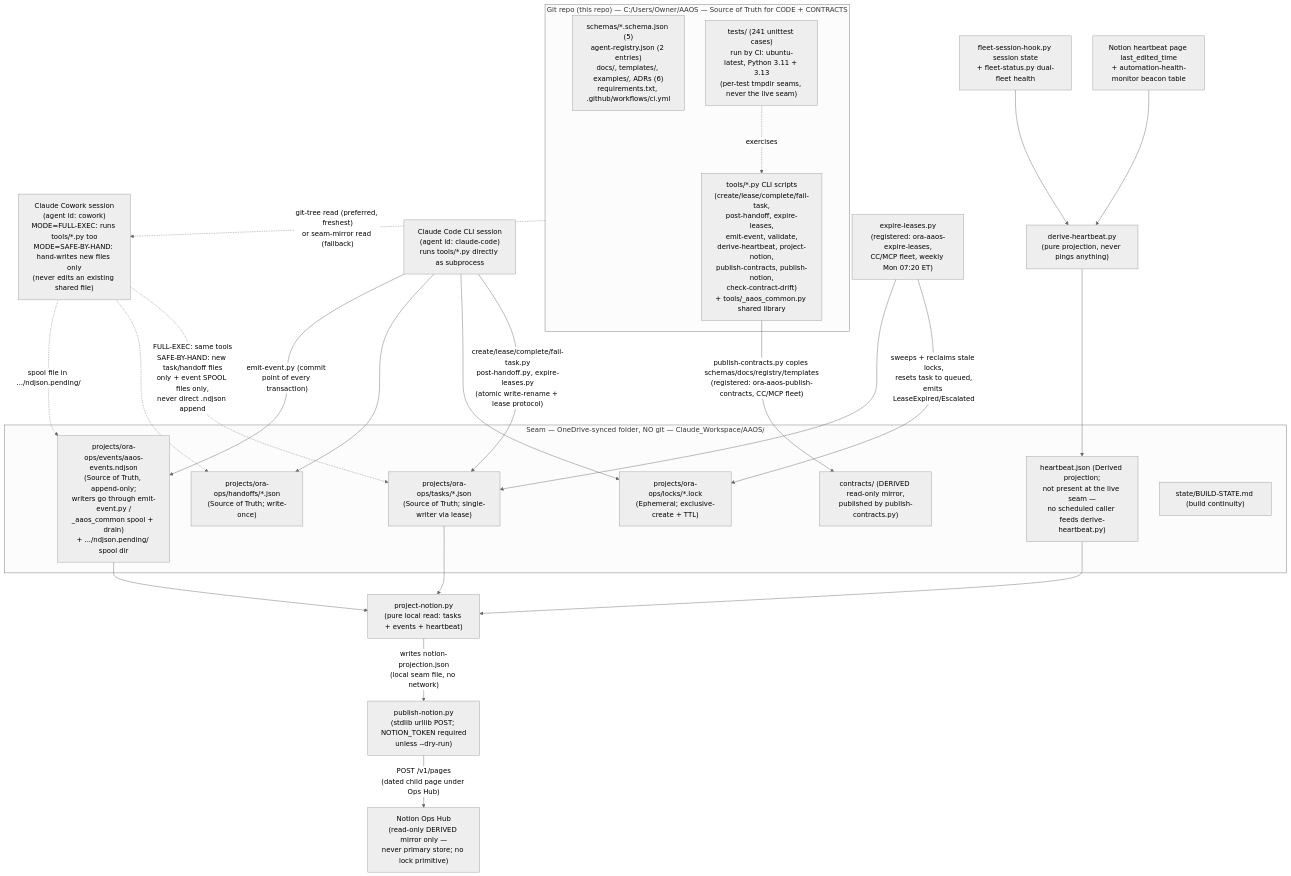
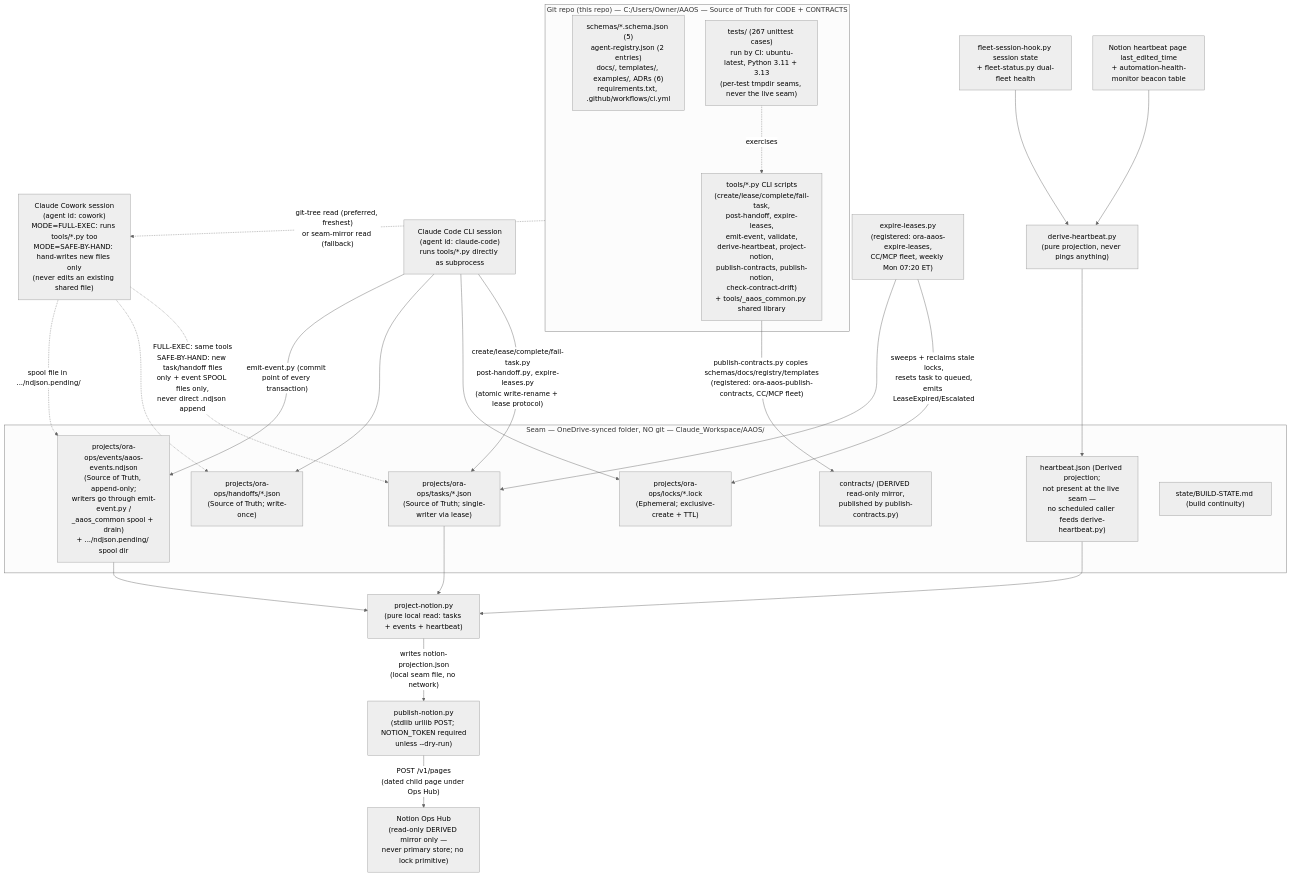
The first of 2 diagrams in README.md (ZeOoba/AAOS), drawn with Mermaid (neutral theme) before and after one commit. The commit also changed other lines of this file and 1 other file, not shown here.

Commit message:
docs: test count 267, exit-code note, --blocker preconditions

````diff
--- a/README.md
+++ b/README.md
@@ -9,50 +9,50 @@
 ```mermaid
 flowchart TB
     subgraph GIT["Git repo (this repo) — C:/Users/Owner/AAOS — Source of Truth for CODE + CONTRACTS"]
         SCHEMAS["schemas/*.schema.json (5)\nagent-registry.json (2 entries)\ndocs/, templates/, examples/, ADRs (6)\nrequirements.txt, .github/workflows/ci.yml"]
-        TESTS["tests/ (241 unittest cases)\nrun by CI: ubuntu-latest, Python 3.11 + 3.13\n(per-test tmpdir seams, never the live seam)"]
+        TESTS["tests/ (267 unittest cases)\nrun by CI: ubuntu-latest, Python 3.11 + 3.13\n(per-test tmpdir seams, never the live seam)"]
     TOOLS["tools/*.py CLI scripts\n(create/lease/complete/fail-task,\npost-handoff, expire-leases,\nemit-event, validate,\nderive-heartbeat, project-notion,\npublish-contracts, publish-notion,\ncheck-contract-drift)\n+ tools/_aaos_common.py shared library"]
     end
     TESTS -. "exercises" .-> TOOLS
 
     subgraph SEAM["Seam — OneDrive-synced folder, NO git — Claude_Workspace/AAOS/"]
         CONTRACTS["contracts/ (DERIVED read-only mirror,\npublished by publish-contracts.py)"]
         TASKS["projects/ora-ops/tasks/*.json\n(Source of Truth; single-writer via lease)"]
         LOCKS["projects/ora-ops/locks/*.lock\n(Ephemeral; exclusive-create + TTL)"]
         HANDOFFS["projects/ora-ops/handoffs/*.json\n(Source of Truth; write-once)"]
         EVENTS["projects/ora-ops/events/aaos-events.ndjson\n(Source of Truth, append-only;\nwriters go through emit-event.py /\n_aaos_common spool + drain)\n+ .../ndjson.pending/ spool dir"]
         HEARTBEAT["heartbeat.json (Derived projection;\nnot present at the live seam —\nno scheduled caller feeds derive-heartbeat.py)"]
         BUILDSTATE["state/BUILD-STATE.md (build continuity)"]
     end
 
     CODE["Claude Code CLI session\n(agent id: claude-code)\nruns tools/*.py directly as subprocess"]
     COWORK["Claude Cowork session\n(agent id: cowork)\nMODE=FULL-EXEC: runs tools/*.py too\nMODE=SAFE-BY-HAND: hand-writes new files only\n(never edits an existing shared file)"]
 
     UPSTREAM_CODE["fleet-session-hook.py session state\n+ fleet-status.py dual-fleet health"]
     UPSTREAM_COWORK["Notion heartbeat page last_edited_time\n+ automation-health-monitor beacon table"]
     NOTION["Notion Ops Hub\n(read-only DERIVED mirror only —\nnever primary store; no lock primitive)"]
 
     TOOLS -- "publish-contracts.py copies schemas/docs/registry/templates\n(registered: ora-aaos-publish-contracts, CC/MCP fleet)" --> CONTRACTS
     GIT -. "git-tree read (preferred, freshest)\nor seam-mirror read (fallback)" .-> COWORK
 
     CODE -- "create/lease/complete/fail-task.py\npost-handoff.py, expire-leases.py\n(atomic write-rename + lease protocol)" --> TASKS
     CODE --> LOCKS
     CODE --> HANDOFFS
     CODE -- "emit-event.py (commit point of every transaction)" --> EVENTS
     COWORK -. "FULL-EXEC: same tools\nSAFE-BY-HAND: new task/handoff files\nonly + event SPOOL files only,\nnever direct .ndjson append" .-> TASKS
     COWORK -.-> HANDOFFS
     COWORK -. "spool file in .../ndjson.pending/" .-> EVENTS
 
     UPSTREAM_CODE --> DH["derive-heartbeat.py\n(pure projection, never pings anything)"]
     UPSTREAM_COWORK --> DH
     DH --> HEARTBEAT
 
     TASKS --> PN["project-notion.py\n(pure local read: tasks + events + heartbeat)"]
     EVENTS --> PN
     HEARTBEAT --> PN
     PN -- "writes notion-projection.json\n(local seam file, no network)" --> PUBLISHN["publish-notion.py\n(stdlib urllib POST; NOTION_TOKEN required\nunless --dry-run)"]
     PUBLISHN -- "POST /v1/pages\n(dated child page under Ops Hub)" --> NOTION
 
     EXPIRE["expire-leases.py\n(registered: ora-aaos-expire-leases,\nCC/MCP fleet, weekly Mon 07:20 ET)"] -- "sweeps + reclaims stale locks,\nresets task to queued,\nemits LeaseExpired/Escalated" --> LOCKS
     EXPIRE --> TASKS
 ```
````
